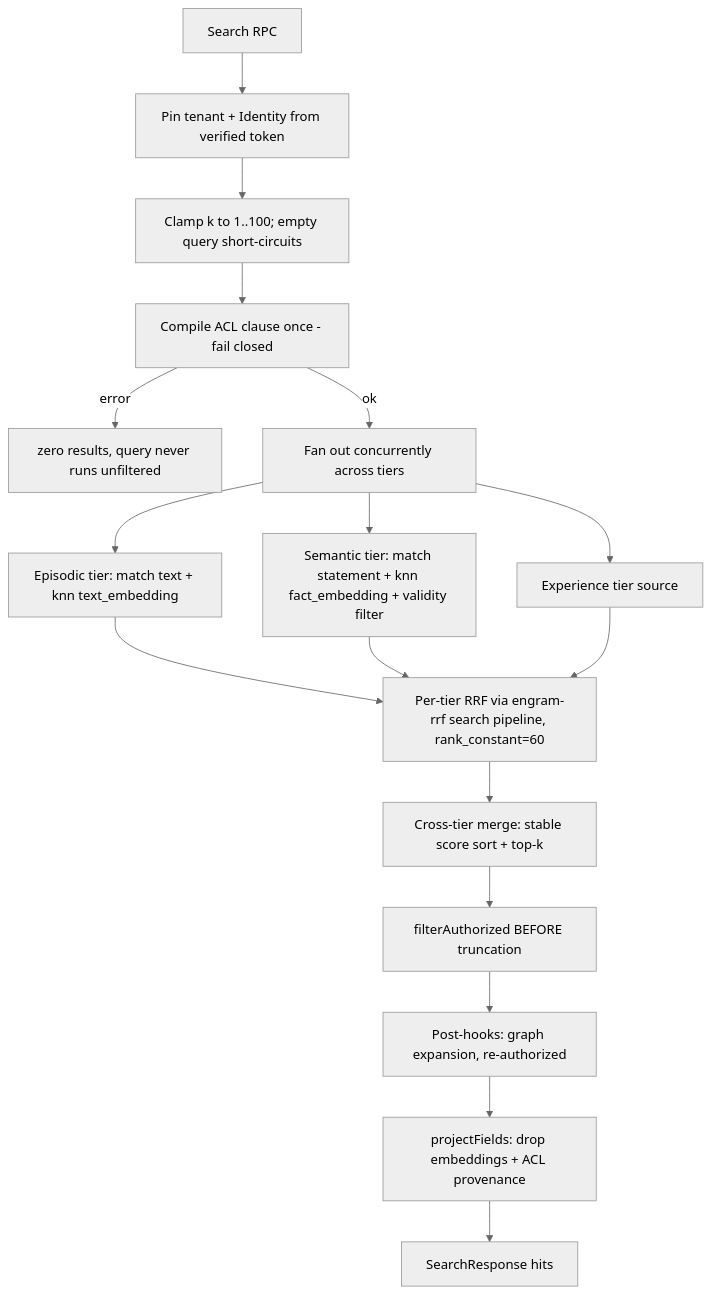
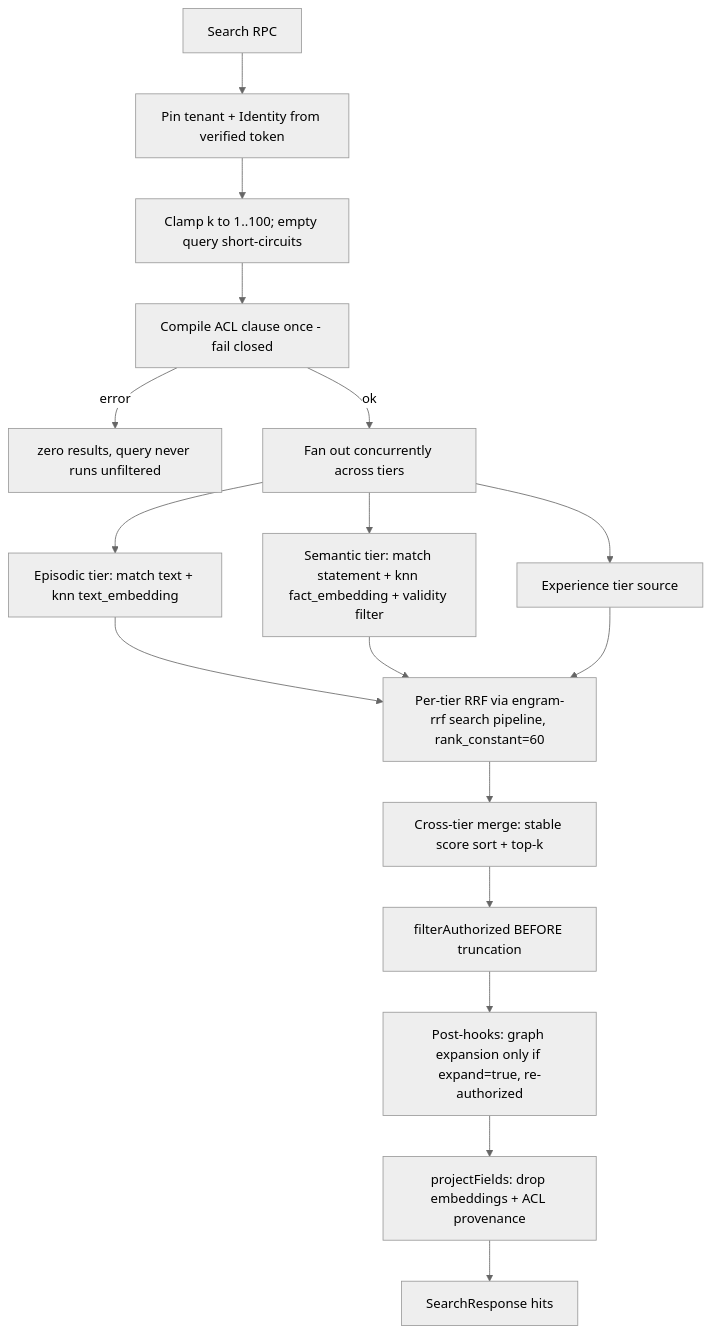
Before and after one commit to ryanthedev/engram: the second of 2 diagrams in docs/architecture.md, drawn with Mermaid (neutral theme). The commit also changed 16 other files, not shown here.

First line of the commit message:
feat(search): honor SearchRequest.expand — graph expansion is opt-in

````diff
--- a/docs/architecture.md
+++ b/docs/architecture.md
@@ -168,19 +168,19 @@
 ```mermaid
 flowchart TD
   A[Search RPC] --> B[Pin tenant + Identity from verified token]
   B --> C[Clamp k to 1..100; empty query short-circuits]
   C --> D[Compile ACL clause once - fail closed]
   D -- error --> DR[zero results, query never runs unfiltered]
   D -- ok --> E[Fan out concurrently across tiers]
   E --> E1[Episodic tier: match text + knn text_embedding]
   E --> E2[Semantic tier: match statement + knn fact_embedding + validity filter]
   E --> E3[Experience tier source]
   E1 --> F[Per-tier RRF via engram-rrf search pipeline, rank_constant=60]
   E2 --> F
   E3 --> F
   F --> G[Cross-tier merge: stable score sort + top-k]
   G --> H[filterAuthorized BEFORE truncation]
-  H --> I[Post-hooks: graph expansion, re-authorized]
+  H --> I[Post-hooks: graph expansion only if expand=true, re-authorized]
   I --> J[projectFields: drop embeddings + ACL provenance]
   J --> K[SearchResponse hits]
 ```
````
